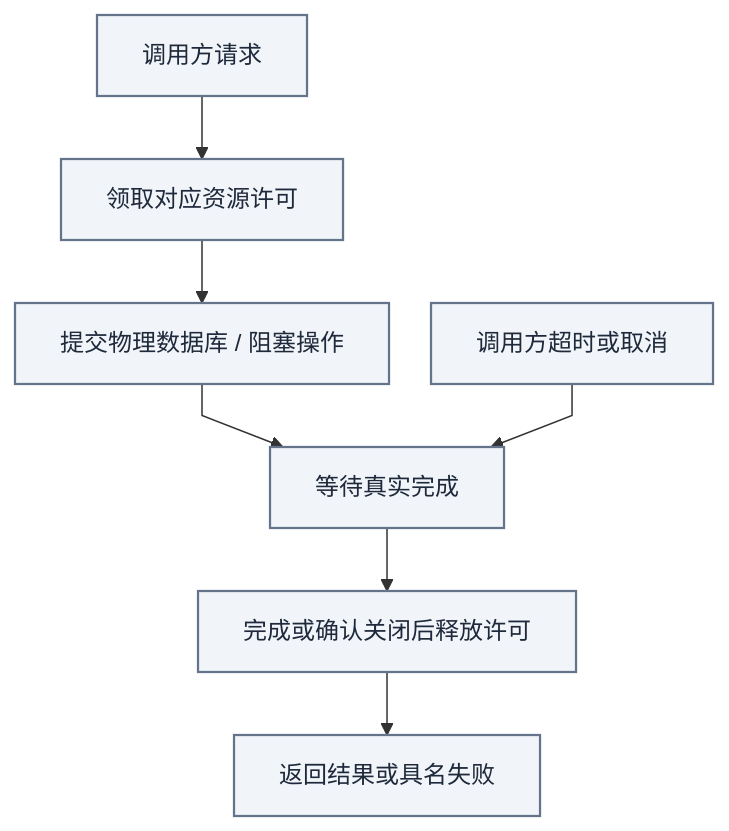
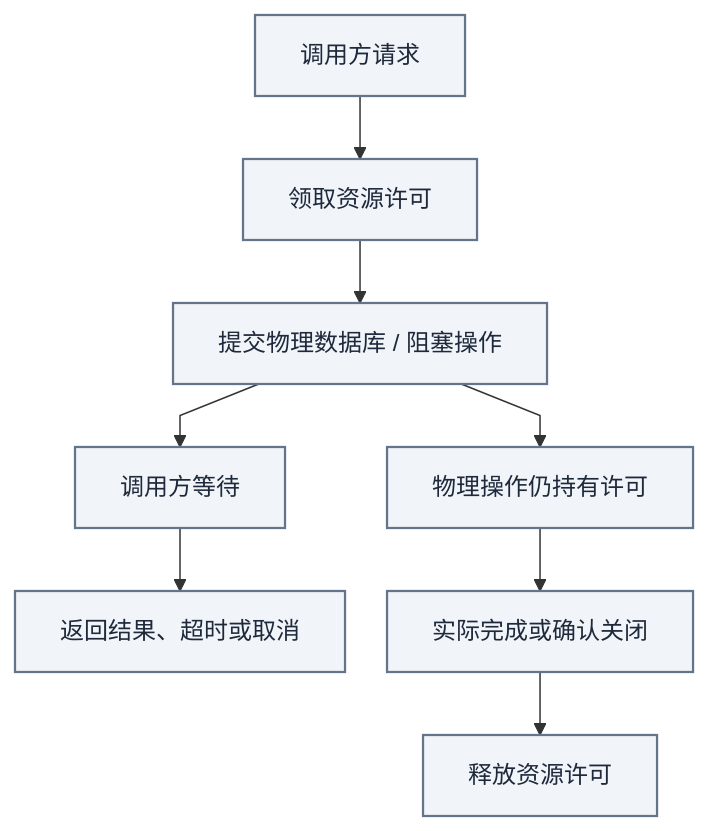
One commit to AnalyThothAI/tracefold changed the first of 2 diagrams in docs/modules/platform.md. Above: the diagram before and after it, drawn with Mermaid. The commit also changed other lines of this file and 10 other files, not shown here.

Commit message:
docs: clarify design flows and technical terminology

````diff
--- a/docs/modules/platform.md
+++ b/docs/modules/platform.md
@@ -87,26 +118,23 @@
 ```mermaid
 ---
 config:
   fontFamily: "system-ui, Noto Sans CJK SC, Microsoft YaHei, WenQuanYi Zen Hei, sans-serif"
   flowchart:
     curve: linear
     nodeSpacing: 28
     rankSpacing: 42
 ---
 flowchart TD
-    accTitle: 物理操作与资源许可
-    accDescr: 请求取得许可后提交物理操作。即使等待方超时，也要等实际完成或确认关闭后释放许可。
-    Request["调用方请求"] --> Permit["领取对应资源许可"]
+    accTitle: 调用方结束等待与物理资源回收
+    accDescr: 请求领取许可后提交物理操作。调用方可以先得到完成结果、超时或取消，但许可仍由物理操作持有；只有实际完成或确认关闭后才能释放许可。
+    Request["调用方请求"] --> Permit["领取资源许可"]
     Permit --> Native["提交物理数据库 / 阻塞操作"]
-    Native --> Wait["等待真实完成"]
-    Timeout["调用方超时或取消"] --> Wait
-    Wait --> Release["完成或确认关闭后释放许可"]
-    Release --> Result["返回结果或具名失败"]
+    Native --> Wait["调用方等待"]
+    Wait --> Outcome["返回结果、超时或取消"]
+    Native --> Held["物理操作仍持有许可"]
+    Held --> Complete["实际完成或确认关闭"]
+    Complete --> Release["释放资源许可"]
 
-    classDef news fill:#ecfdf5,stroke:#0f766e,color:#134e4a,stroke-width:1.5px
-    classDef research fill:#eef2ff,stroke:#6366f1,color:#312e81,stroke-width:1.5px
-    classDef execution fill:#fff7ed,stroke:#c2410c,color:#7c2d12,stroke-width:1.5px
     classDef store fill:#f1f5f9,stroke:#64748b,color:#1e293b,stroke-width:1.5px
-    classDef external fill:#f8fafc,stroke:#94a3b8,color:#334155,stroke-dasharray:4 3
-class Request,Permit,Native,Wait,Timeout,Release,Result store;
+class Request,Permit,Native,Wait,Outcome,Held,Complete,Release store;
 ```
````
